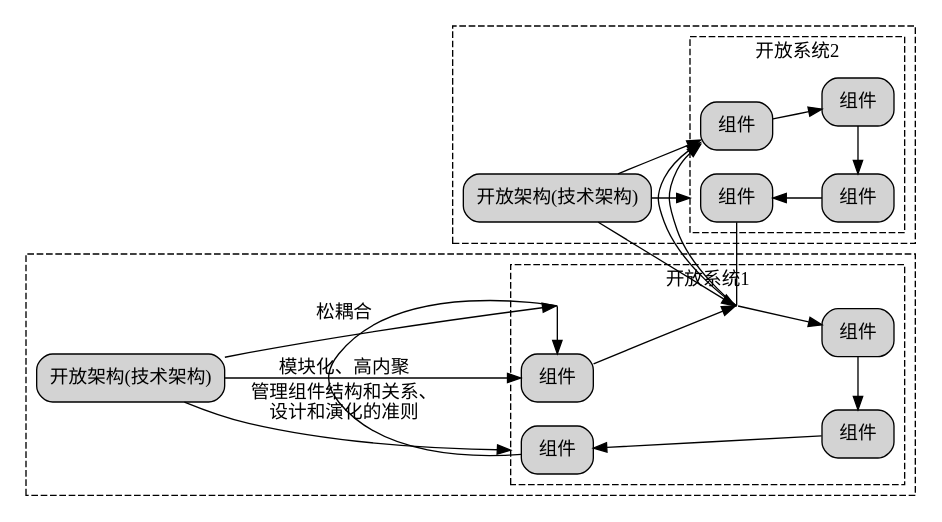
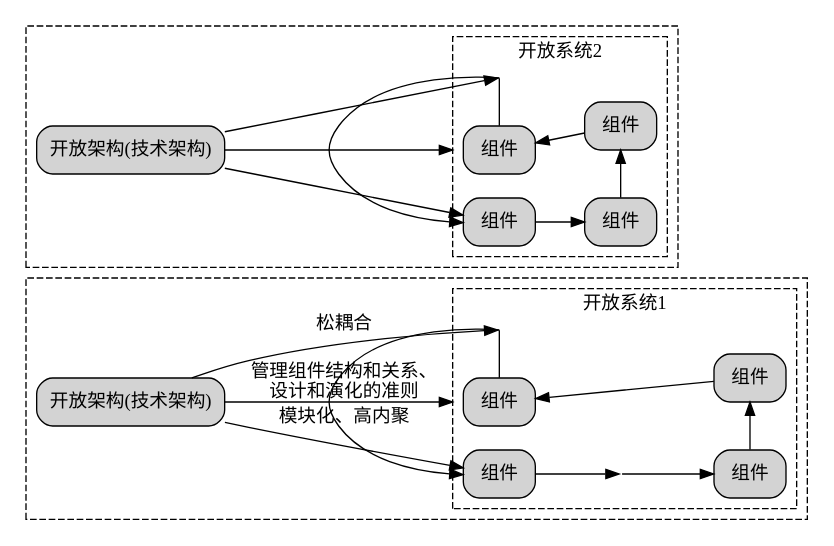
Before and after one commit to chaozhang2000/soa: the diagram in parts/definition1.dot, drawn with Graphviz. The commit also changed 2 other files, not shown here.

```diff
--- a/parts/definition1.dot
+++ b/parts/definition1.dot
@@ -1,65 +1,65 @@
 digraph G {
   graph [rankdir=LR,compound=true];
   node [shape=box, style="rounded,filled"];
   
   subgraph cluster1{
     label="";
 	style = dashed;
     
     subgraph cluster_system1{
       label="开放系统1"
       node1[label="组件"]
       node2[label="组件"] 
       node3[label="组件"]
       node4[label="组件"]
       
       // 创建不可见节点
       invis_node1 [shape=point, width=0, height=0, label=""]
-      invis_node2 [shape=point, width=0, height=0, label=""]
+      invis_node3 [shape=point, width=0, height=0, label=""]
       
       // 重新连接节点，在node1和node2之间插入不可见节点
-      node1 -> invis_node2
-      invis_node2->node2
+      node1 -> invis_node3
+      invis_node3->node2
       node2 -> node3
       node3 -> node4
       node4 -> invis_node1 [dir=none]  // dir=none 表示没有箭头
       invis_node1 -> node1
       
       {rank=same;node1;node4;invis_node1}
       {rank=same;node2;node3}
     }
   TA1[label="开放架构(技术架构)"]
   TA1->node1[label="模块化、高内聚"]
   TA1->invis_node1[label="松耦合"]
   TA1->node4[label="管理组件结构和关系、\n设计和演化的准则",lhead="cluster_system1"]
 }
   subgraph cluster2{
     label="";
 	style = dashed;
     
     subgraph cluster_system2{
       label="开放系统2"
       node5[label="组件"]
       node6[label="组件"] 
       node7[label="组件"]
       node8[label="组件"]
       
       // 创建不可见节点
       invis_node2 [shape=point, width=0, height=0, label=""]
       
       // 重新连接节点，在node5和node6之间插入不可见节点
       node5 -> node6
       node6 -> node7
       node7 -> node8
       node8 -> invis_node2 [dir=none]  // dir=none 表示没有箭头
       invis_node2 -> node5
       
       {rank=same;node5;node8;invis_node2}
       {rank=same;node6;node7}
     }
   TA2[label="开放架构(技术架构)"]
   TA2->node5
   TA2->invis_node2
   TA2->node8[lhead="cluster_system2"]
   }
 }
```
